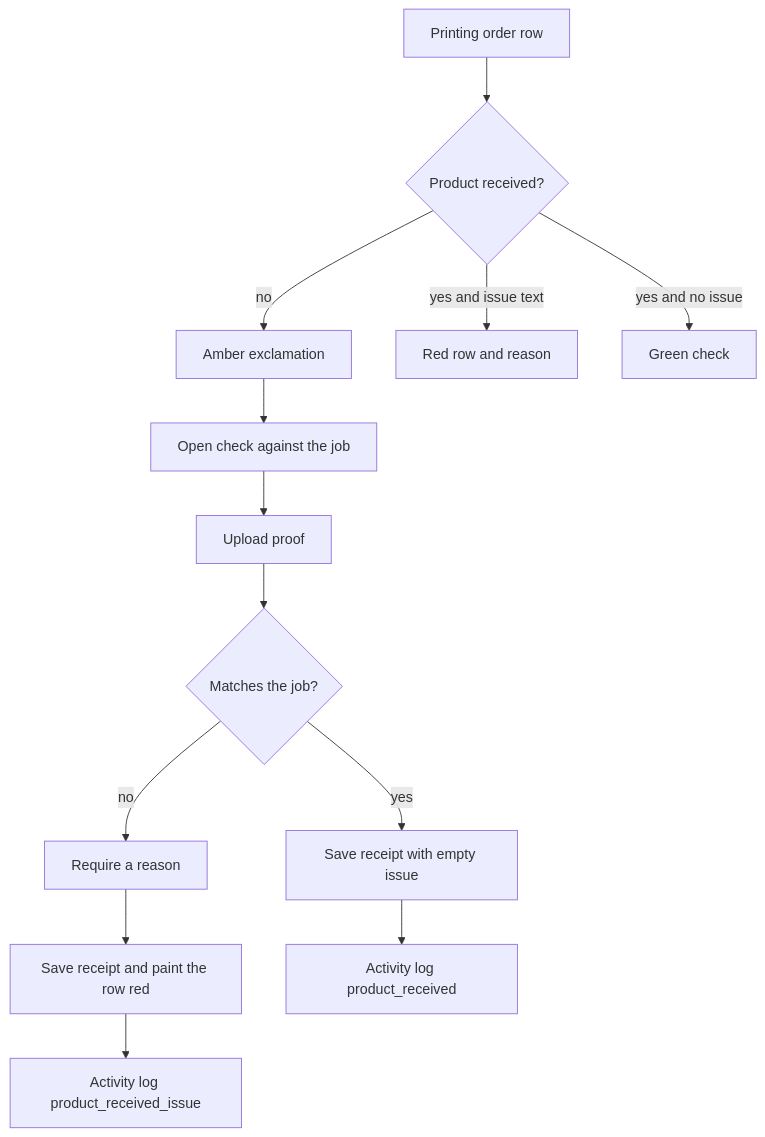
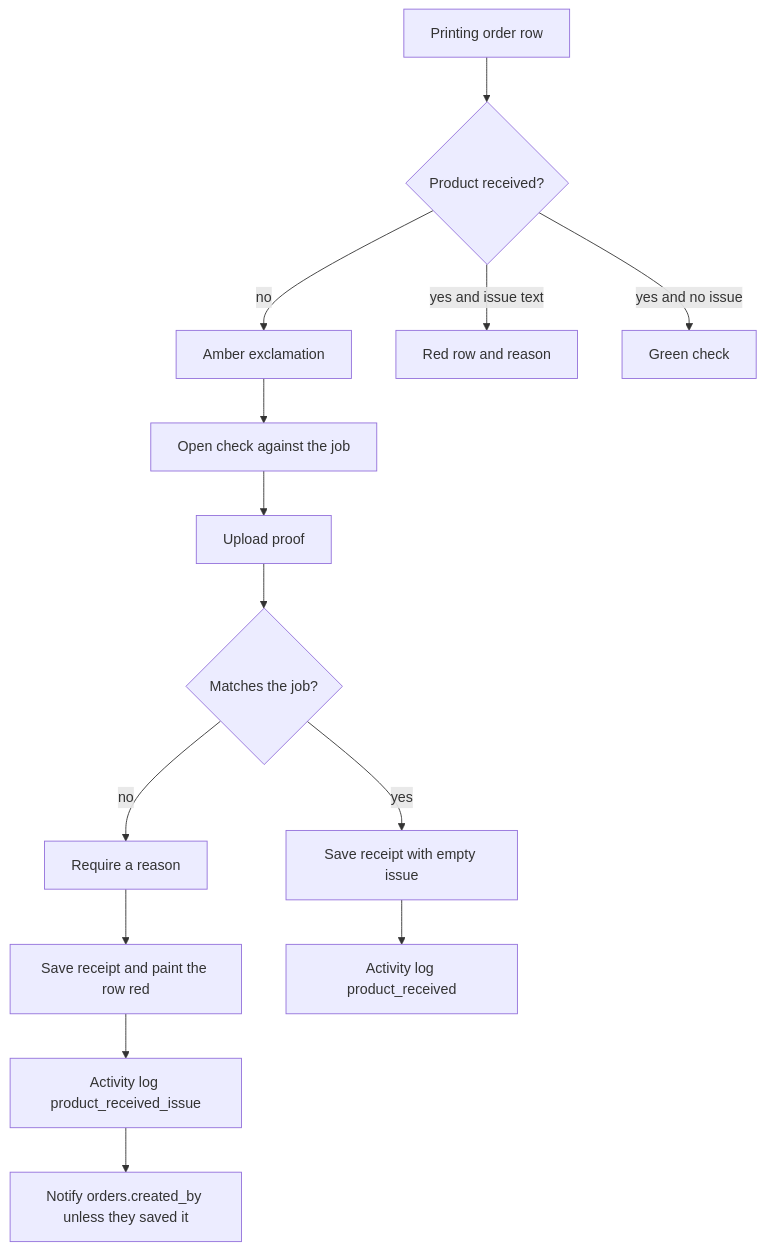
One commit to Mayur8291/Printing-Tracker changed diagram 23 of 60 in docs/FLOWCHARTS.md. Above: the diagram before and after it, drawn with Mermaid. The commit also changed 11 other files, not shown here.

Commit message:
Alert the job creator when a product has an issue, and label product status separately from order status.

````diff
--- a/docs/FLOWCHARTS.md
+++ b/docs/FLOWCHARTS.md
@@ -327,15 +327,16 @@
 ```mermaid
 flowchart TD
   Row[Printing order row] --> State{Product received?}
   State -->|no| Warn[Amber exclamation]
   State -->|yes and issue text| Red[Red row and reason]
   State -->|yes and no issue| Ok[Green check]
   Warn --> Dialog[Open check against the job]
   Dialog --> Proof[Upload proof]
   Proof --> Choice{Matches the job?}
   Choice -->|yes| SaveOk[Save receipt with empty issue]
   Choice -->|no| Reason[Require a reason]
   Reason --> SaveIssue[Save receipt and paint the row red]
   SaveOk --> Hist[Activity log product_received]
   SaveIssue --> HistIssue[Activity log product_received_issue]
+  HistIssue --> Alert[Notify orders.created_by unless they saved it]
 ```
````
